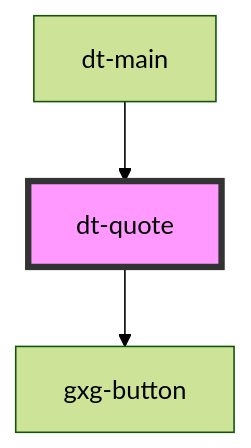
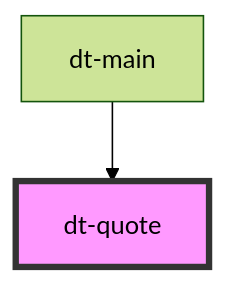
Before and after one commit to genexuslabs/design-tokens-editor: the diagram in src/components/quote/readme.md, drawn with Mermaid (forest theme). The commit also changed other lines of this file and 19 other files, not shown here.

````diff
--- a/src/components/quote/readme.md
+++ b/src/components/quote/readme.md
@@ -37,6 +33,5 @@
 ```mermaid
 graph TD;
-  dt-quote --> gxg-button
   dt-main --> dt-quote
   style dt-quote fill:#f9f,stroke:#333,stroke-width:4px
 ```
````
